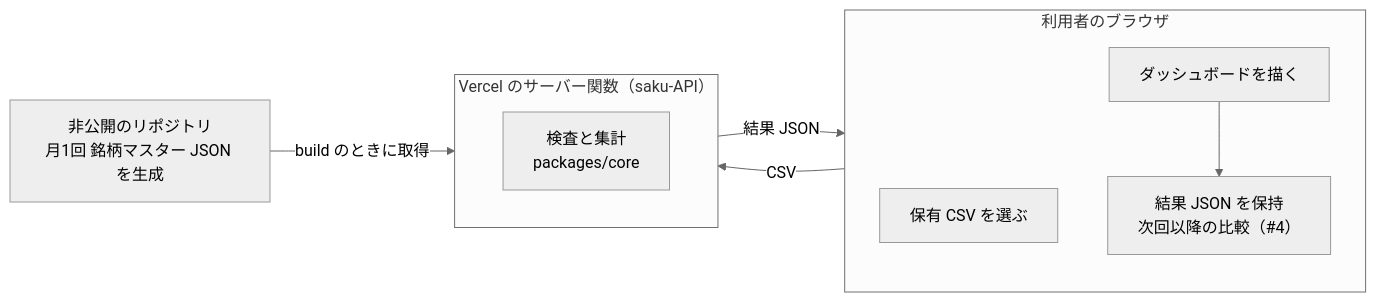
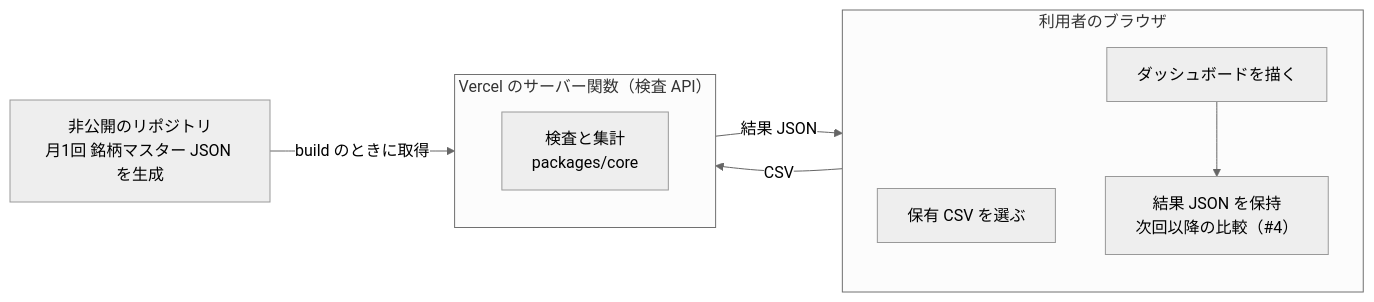
Before and after one commit to gunji-m/sakuforge: the first of 3 diagrams in docs/design.md, drawn with Mermaid (neutral theme). The commit also changed other lines of this file and 6 other files, not shown here.

````diff
--- a/docs/design.md
+++ b/docs/design.md
@@ -10,18 +10,18 @@
 ```mermaid
 flowchart LR
   subgraph browser["利用者のブラウザ"]
     direction TB
     pick["保有 CSV を選ぶ"]
     view["ダッシュボードを描く"]
     keep["結果 JSON を保持<br/>次回以降の比較（#4）"]
   end
-  subgraph vercel["Vercel のサーバー関数（saku-API）"]
+  subgraph vercel["Vercel のサーバー関数（検査 API）"]
     direction TB
     core["検査と集計<br/>packages/core"]
   end
   local["非公開のリポジトリ<br/>月1回 銘柄マスター JSON を生成"]
   pick -- CSV --> core
   core -- 結果 JSON --> view
   view --> keep
   local -- build のときに取得 --> core
 ```
````
